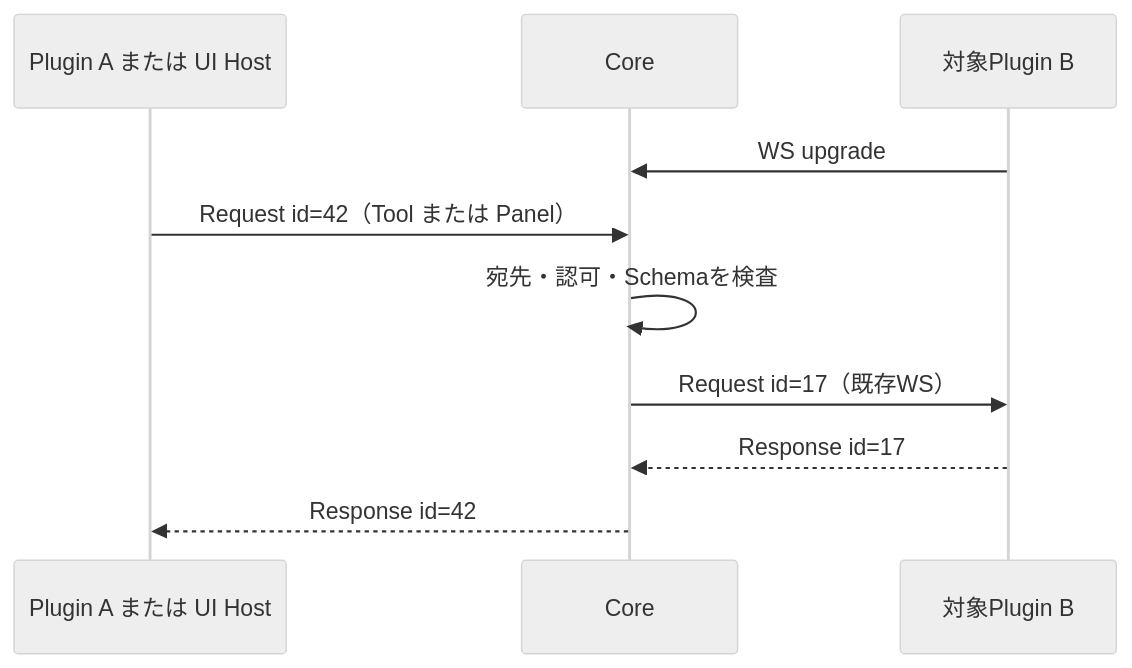
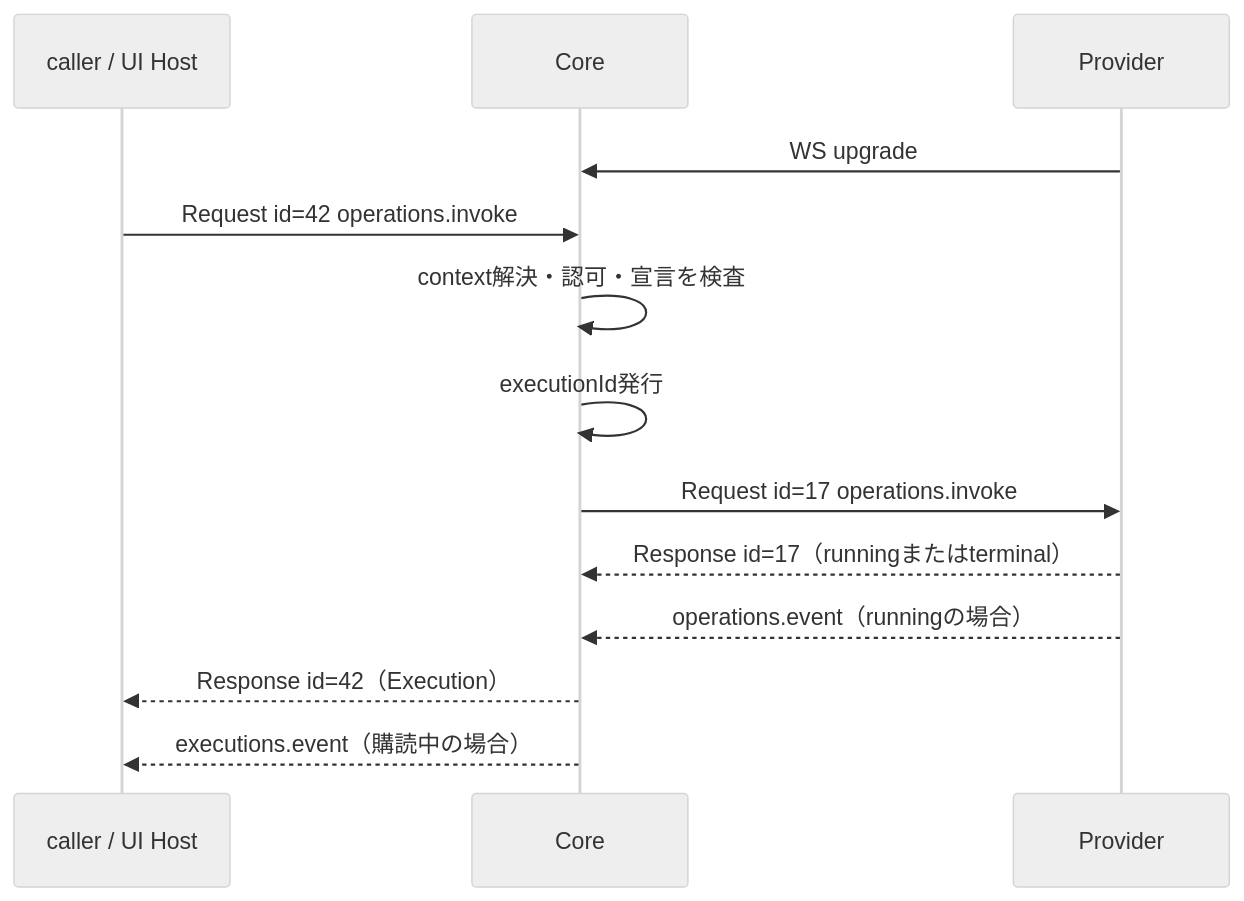
Before and after one commit to naatin777/plugumi: the second of 2 diagrams in docs/contracts/00004-plugin-client-protocol.md, drawn with Mermaid (neutral theme). The commit also changed other lines of this file and 288 other files, not shown here.

````diff
--- a/docs/contracts/00004-plugin-client-protocol.md
+++ b/docs/contracts/00004-plugin-client-protocol.md
@@ -157,12 +327,15 @@
 ```mermaid
 sequenceDiagram
-    participant A as Plugin A または UI Host
+    participant A as caller / UI Host
     participant C as Core
-    participant B as 対象Plugin B
+    participant B as Provider
     B->>C: WS upgrade
-    A->>C: Request id=42（Tool または Panel）
-    C->>C: 宛先・認可・Schemaを検査
-    C->>B: Request id=17（既存WS）
-    B-->>C: Response id=17
-    C-->>A: Response id=42
+    A->>C: Request id=42 operations.invoke
+    C->>C: context解決・認可・宣言を検査
+    C->>C: executionId発行
+    C->>B: Request id=17 operations.invoke
+    B-->>C: Response id=17（runningまたはterminal）
+    B-->>C: operations.event（runningの場合）
+    C-->>A: Response id=42（Execution）
+    C-->>A: executions.event（購読中の場合）
 ```
````
